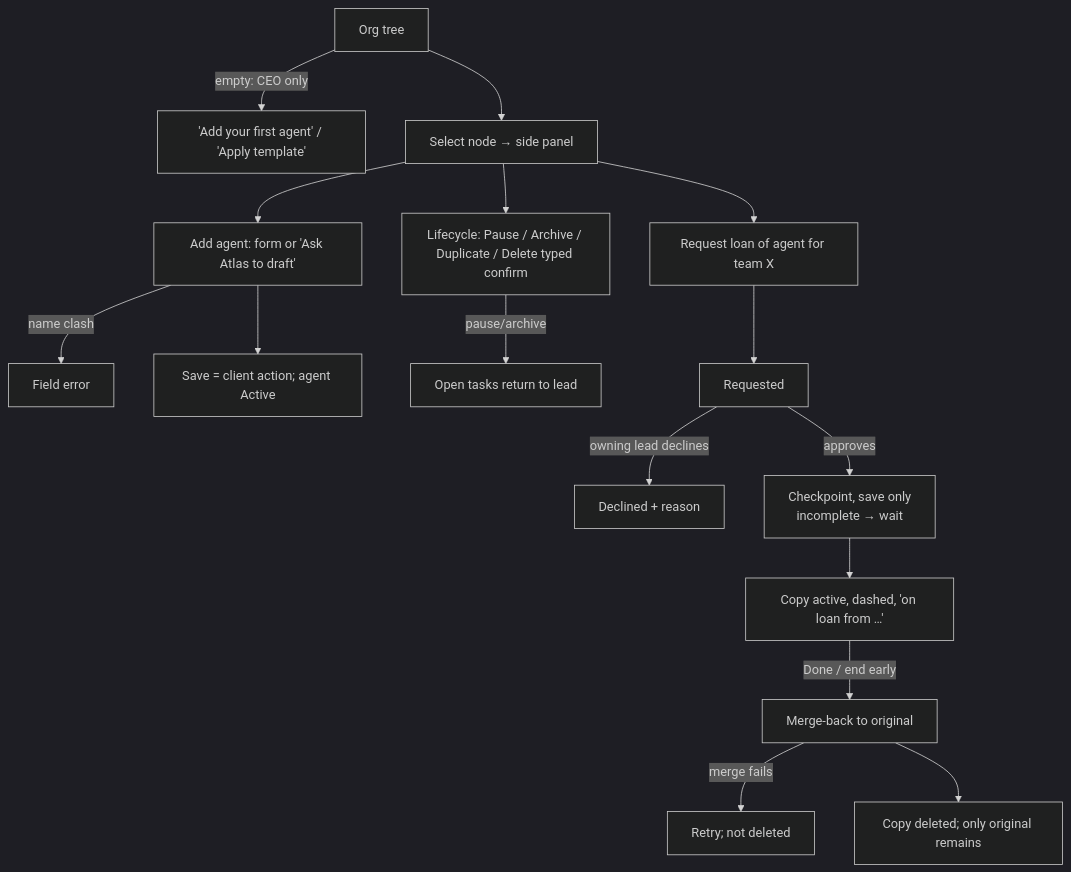
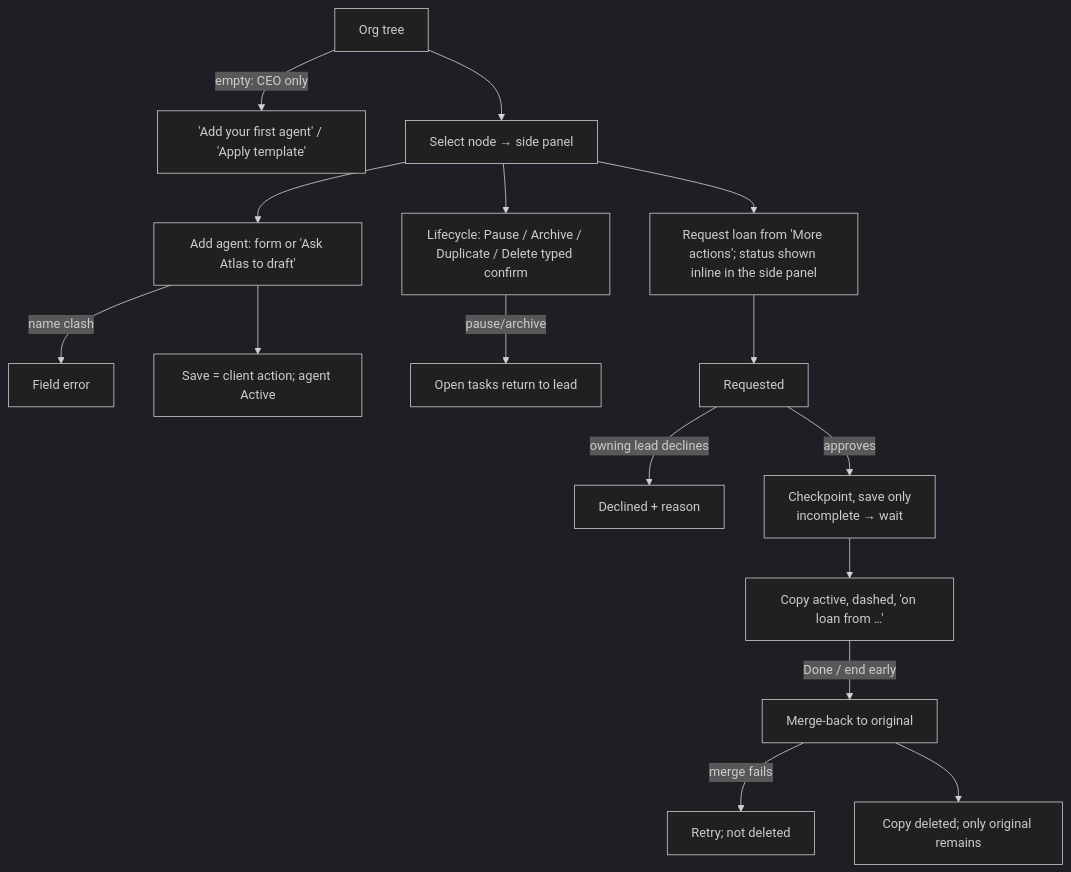
Diagram 11 of 11 in docs/design/ux/README.md (Majd-Alhakim/bench), drawn with Mermaid (dark theme) before and after one commit. The commit also changed other lines of this file and 3 other files, not shown here.

````diff
--- a/docs/design/ux/README.md
+++ b/docs/design/ux/README.md
@@ -329,15 +344,15 @@
 ```mermaid
 flowchart TD
   A[Org tree] -->|empty: CEO only| A0['Add your first agent' / 'Apply template']
   A --> N[Select node → side panel]
   N --> AA[Add agent: form or 'Ask Atlas to draft']
   AA -->|name clash| E1[Field error]
   AA --> SV[Save = client action; agent Active]
   N --> LC[Lifecycle: Pause / Archive / Duplicate / Delete typed confirm]
   LC -->|pause/archive| T[Open tasks return to lead]
-  N --> LN[Request loan of agent for team X]
+  N --> LN[Request loan from 'More actions'; status shown inline in the side panel]
   LN --> R[Requested] -->|owning lead declines| DC[Declined + reason]
   R -->|approves| CP[Checkpoint, save only<br/>incomplete → wait] --> CA[Copy active, dashed, 'on loan from …']
   CA -->|Done / end early| MB[Merge-back to original] -->|merge fails| E2[Retry; not deleted]
   MB --> DL[Copy deleted; only original remains]
 ```
````
